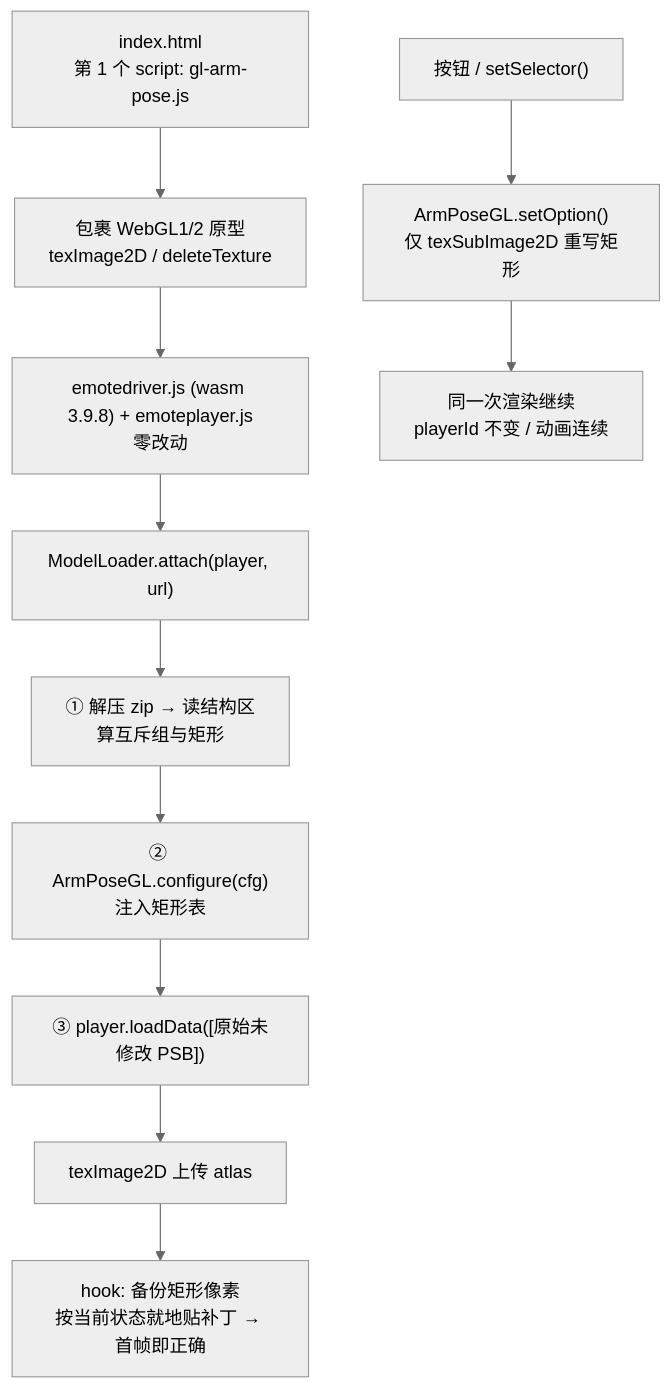
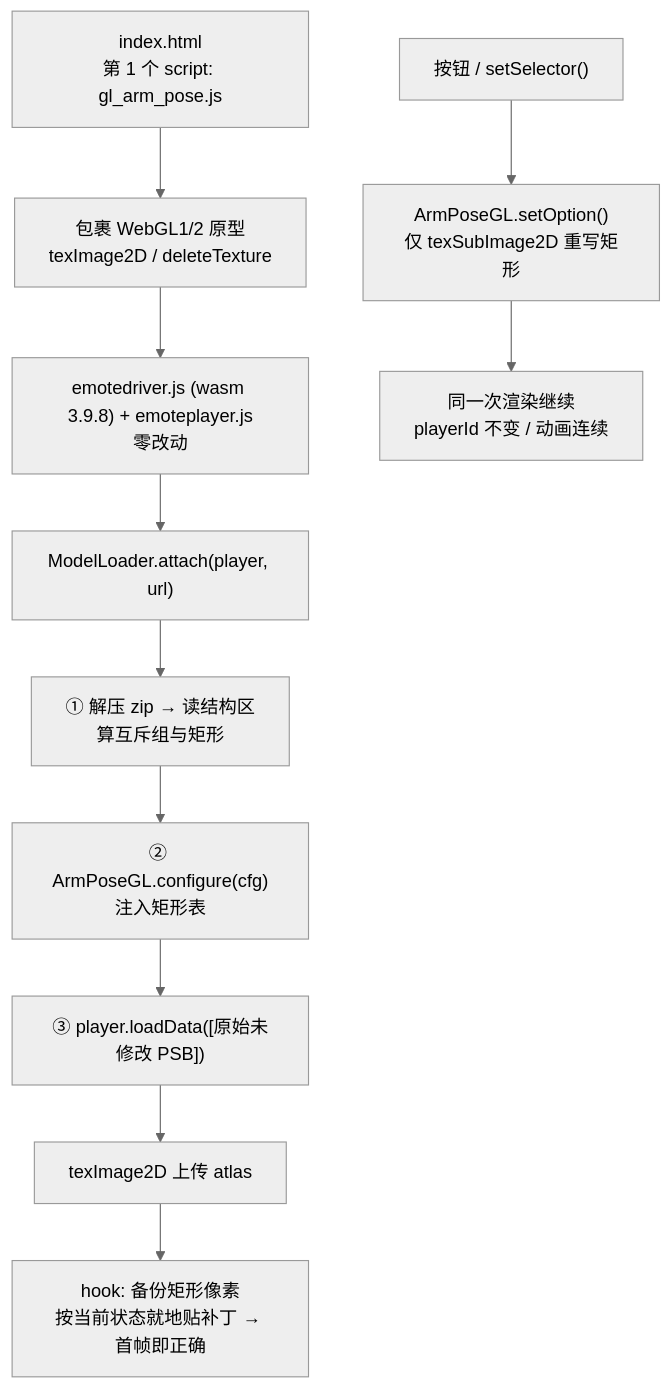
One commit to Salieri4869/SteinsGateLabStage changed the diagram in docs/手臂姿势修复技术路线.md. Above: the diagram before and after it, drawn with Mermaid (neutral theme). The commit also changed other lines of this file and 27 other files, not shown here.

````diff
--- a/docs/手臂姿势修复技术路线.md
+++ b/docs/手臂姿势修复技术路线.md
@@ -104,13 +104,13 @@
 ```mermaid
 flowchart TD
-    A["index.html<br/>第 1 个 script: gl-arm-pose.js"] --> B["包裹 WebGL1/2 原型<br/>texImage2D / deleteTexture"]
+    A["index.html<br/>第 1 个 script: gl_arm_pose.js"] --> B["包裹 WebGL1/2 原型<br/>texImage2D / deleteTexture"]
     B --> C["emotedriver.js (wasm 3.9.8) + emoteplayer.js<br/>零改动"]
     C --> D["ModelLoader.attach(player, url)"]
     D --> E["① 解压 zip → 读结构区<br/>算互斥组与矩形"]
     E --> F["② ArmPoseGL.configure(cfg)<br/>注入矩形表"]
     F --> G["③ player.loadData([原始未修改 PSB])"]
     G --> H["texImage2D 上传 atlas"]
     H --> I["hook: 备份矩形像素<br/>按当前状态就地贴补丁 → 首帧即正确"]
     J["按钮 / setSelector()"] --> K["ArmPoseGL.setOption()<br/>仅 texSubImage2D 重写矩形"]
     K --> L["同一次渲染继续<br/>playerId 不变 / 动画连续"]
 ```
````
